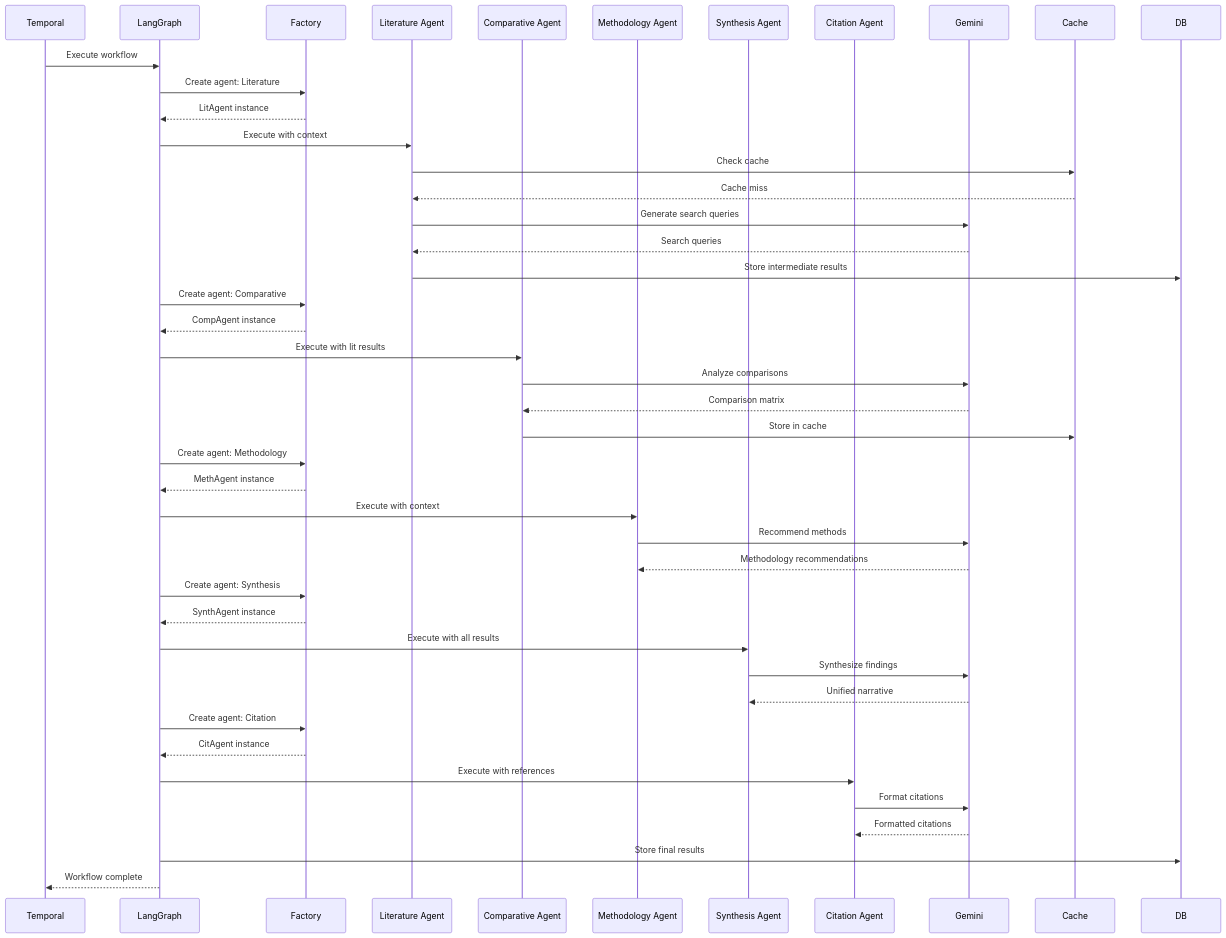
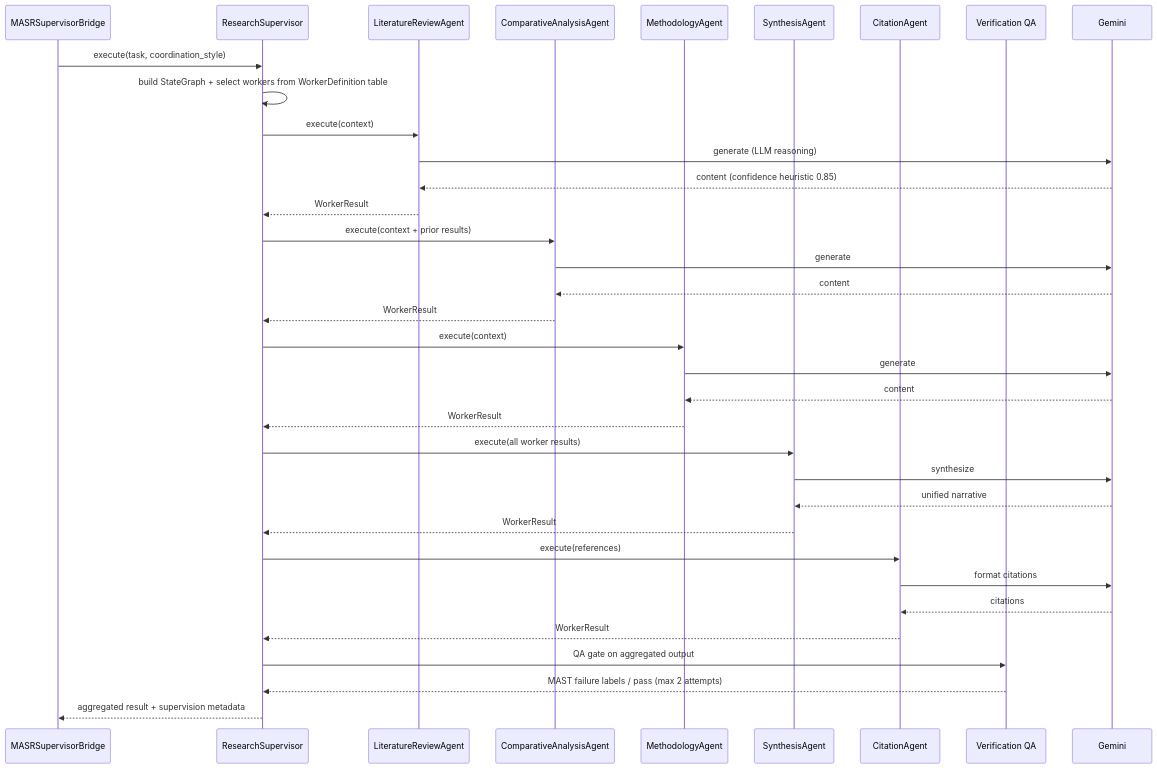
One commit to jsogarro/cerebro changed the second of 10 diagrams in docs/workflow-sequence-diagrams.md. Above: the diagram before and after it, drawn with Mermaid. The commit also changed other lines of this file and 36 other files, not shown here.

First line of the commit message:
docs: align all documentation with the current architecture

````diff
--- a/docs/workflow-sequence-diagrams.md
+++ b/docs/workflow-sequence-diagrams.md
@@ -57,53 +94,44 @@
 ```mermaid
 sequenceDiagram
-    participant Temporal
-    participant LangGraph
-    participant Factory
-    participant LitAgent as Literature Agent
-    participant CompAgent as Comparative Agent
-    participant MethAgent as Methodology Agent
-    participant SynthAgent as Synthesis Agent
-    participant CitAgent as Citation Agent
+    participant Bridge as MASRSupervisorBridge
+    participant Sup as ResearchSupervisor
+    participant Lit as LiteratureReviewAgent
+    participant Comp as ComparativeAnalysisAgent
+    participant Meth as MethodologyAgent
+    participant Synth as SynthesisAgent
+    participant Cit as CitationAgent
+    participant Verify as Verification QA
     participant Gemini
-    participant Cache
-    participant DB
-    
-    Temporal->>LangGraph: Execute workflow
-    LangGraph->>Factory: Create agent: Literature
-    Factory-->>LangGraph: LitAgent instance
-    
-    LangGraph->>LitAgent: Execute with context
-    LitAgent->>Cache: Check cache
-    Cache-->>LitAgent: Cache miss
-    LitAgent->>Gemini: Generate search queries
-    Gemini-->>LitAgent: Search queries
-    LitAgent->>DB: Store intermediate results
-    
-    LangGraph->>Factory: Create agent: Comparative
-    Factory-->>LangGraph: CompAgent instance
-    LangGraph->>CompAgent: Execute with lit results
-    CompAgent->>Gemini: Analyze comparisons
-    Gemini-->>CompAgent: Comparison matrix
-    CompAgent->>Cache: Store in cache
-    
-    LangGraph->>Factory: Create agent: Methodology
-    Factory-->>LangGraph: MethAgent instance
-    LangGraph->>MethAgent: Execute with context
-    MethAgent->>Gemini: Recommend methods
-    Gemini-->>MethAgent: Methodology recommendations
-    
-    LangGraph->>Factory: Create agent: Synthesis
-    Factory-->>LangGraph: SynthAgent instance
-    LangGraph->>SynthAgent: Execute with all results
-    SynthAgent->>Gemini: Synthesize findings
-    Gemini-->>SynthAgent: Unified narrative
-    
-    LangGraph->>Factory: Create agent: Citation
-    Factory-->>LangGraph: CitAgent instance
-    LangGraph->>CitAgent: Execute with references
-    CitAgent->>Gemini: Format citations
-    Gemini-->>CitAgent: Formatted citations
-    
-    LangGraph->>DB: Store final results
-    LangGraph-->>Temporal: Workflow complete
+
+    Bridge->>Sup: execute(task, coordination_style)
+    Sup->>Sup: build StateGraph + select workers from WorkerDefinition table
+
+    Sup->>Lit: execute(context)
+    Lit->>Gemini: generate (LLM reasoning)
+    Gemini-->>Lit: content (confidence heuristic 0.85)
+    Lit-->>Sup: WorkerResult
+
+    Sup->>Comp: execute(context + prior results)
+    Comp->>Gemini: generate
+    Gemini-->>Comp: content
+    Comp-->>Sup: WorkerResult
+
+    Sup->>Meth: execute(context)
+    Meth->>Gemini: generate
+    Gemini-->>Meth: content
+    Meth-->>Sup: WorkerResult
+
+    Sup->>Synth: execute(all worker results)
+    Synth->>Gemini: synthesize
+    Gemini-->>Synth: unified narrative
+    Synth-->>Sup: WorkerResult
+
+    Sup->>Cit: execute(references)
+    Cit->>Gemini: format citations
+    Gemini-->>Cit: citations
+    Cit-->>Sup: WorkerResult
+
+    Sup->>Verify: QA gate on aggregated output
+    Verify-->>Sup: MAST failure labels / pass (max 2 attempts)
+    Sup-->>Bridge: aggregated result + supervision metadata
 ```
````
